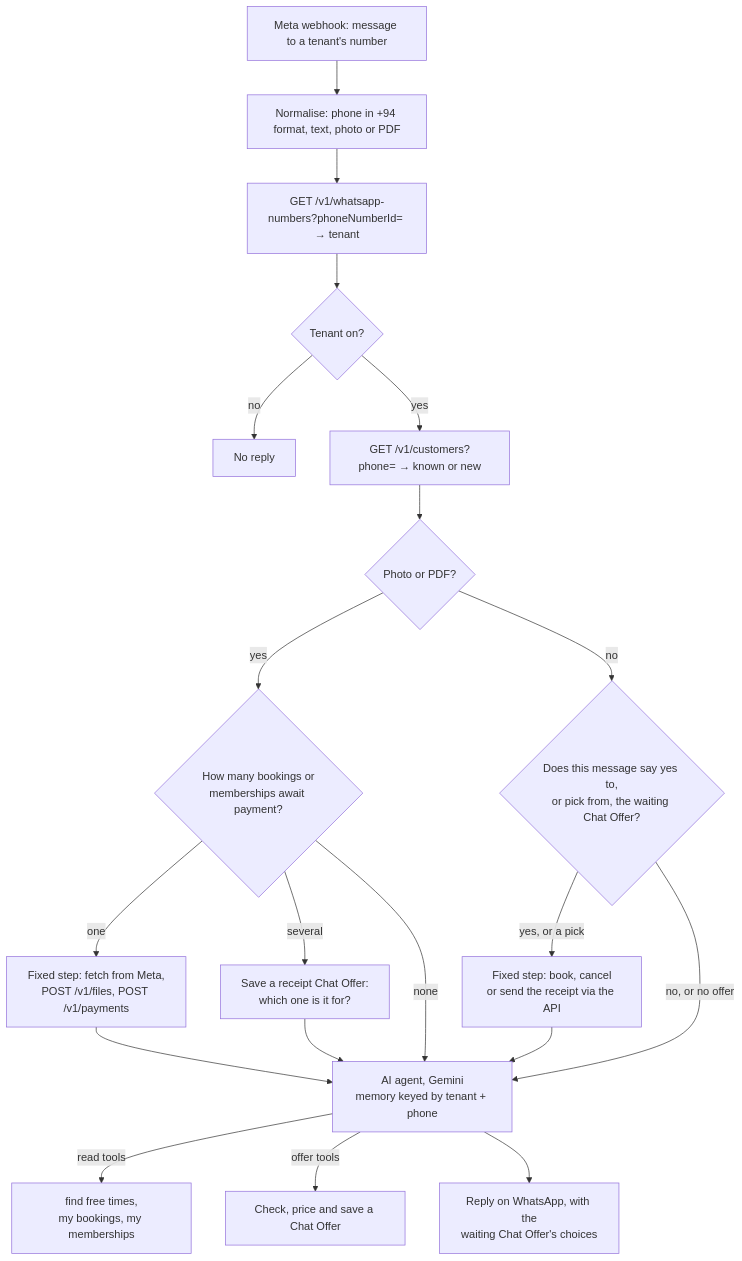
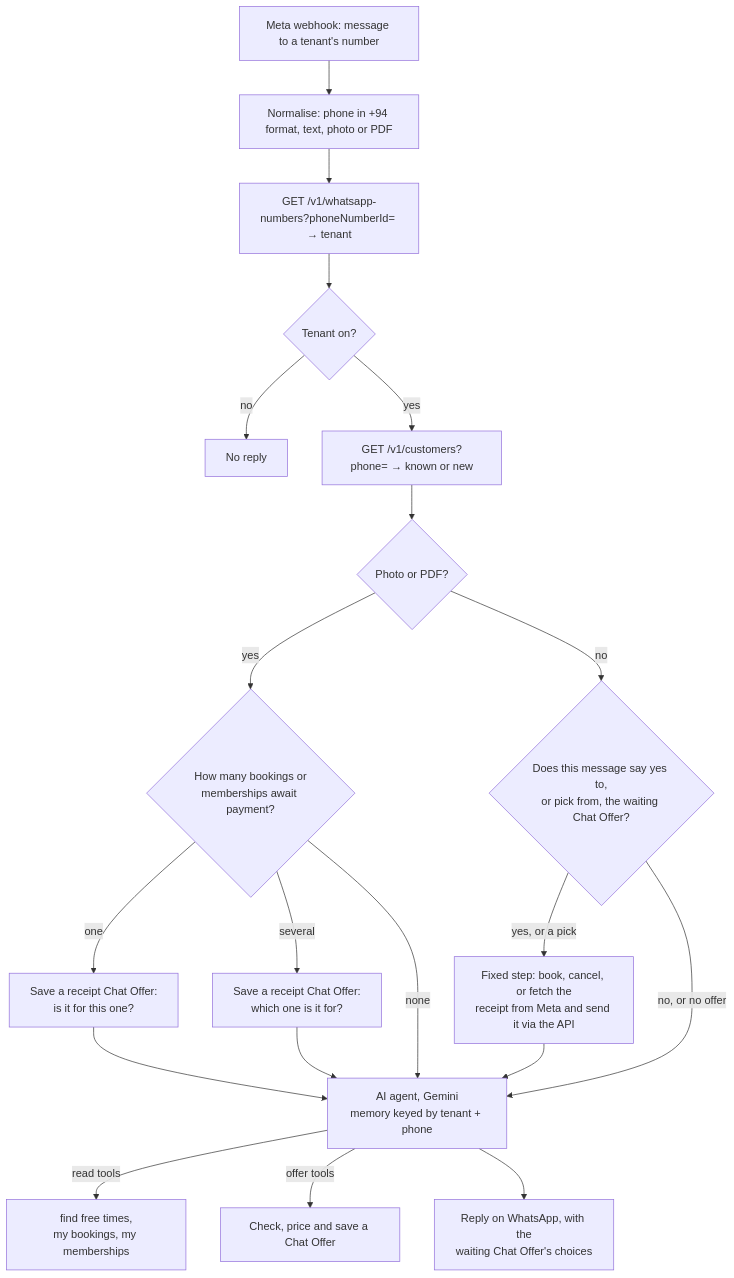
Before and after one commit to Nasrullaunais/Merivo-Turftap: the diagram in docs/architecture/assistant.md, drawn with Mermaid. The commit also changed other lines of this file and 7 other files, not shown here.

First line of the commit message:
Ask before attaching a receipt, and never send the AI's raw text (T38)

````diff
--- a/docs/architecture/assistant.md
+++ b/docs/architecture/assistant.md
@@ -7,22 +7,22 @@
 ```mermaid
 flowchart TD
   wa[Meta webhook: message to a tenant's number] --> norm[Normalise: phone in +94 format, text, photo or PDF]
   norm --> tenant[GET /v1/whatsapp-numbers?phoneNumberId= → tenant]
   tenant --> off{Tenant on?}
   off -- no --> stop[No reply]
   off -- yes --> cust[GET /v1/customers?phone= → known or new]
   cust --> photo{Photo or PDF?}
   photo -- yes --> waiting{How many bookings or<br/>memberships await payment?}
-  waiting -- one --> receipt[Fixed step: fetch from Meta,<br/>POST /v1/files, POST /v1/payments]
-  waiting -- several --> pick[Save a receipt Chat Offer:<br/>which one is it for?]
+  waiting -- one --> pick[Save a receipt Chat Offer:<br/>is it for this one?]
+  waiting -- several --> pick2[Save a receipt Chat Offer:<br/>which one is it for?]
   waiting -- none --> agent
   photo -- no --> offer{Does this message say yes to,<br/>or pick from, the waiting Chat Offer?}
-  offer -- "yes, or a pick" --> write[Fixed step: book, cancel<br/>or send the receipt via the API]
+  offer -- "yes, or a pick" --> write[Fixed step: book, cancel, or fetch the<br/>receipt from Meta and send it via the API]
   offer -- no, or no offer --> agent
   write --> agent[AI agent, Gemini<br/>memory keyed by tenant + phone]
-  receipt --> agent
   pick --> agent
+  pick2 --> agent
   agent -- read tools --> tools[find free times,<br/>my bookings, my memberships]
   agent -- offer tools --> save[Check, price and save a Chat Offer]
   agent --> reply[Reply on WhatsApp, with the<br/>waiting Chat Offer's choices]
 ```
````
